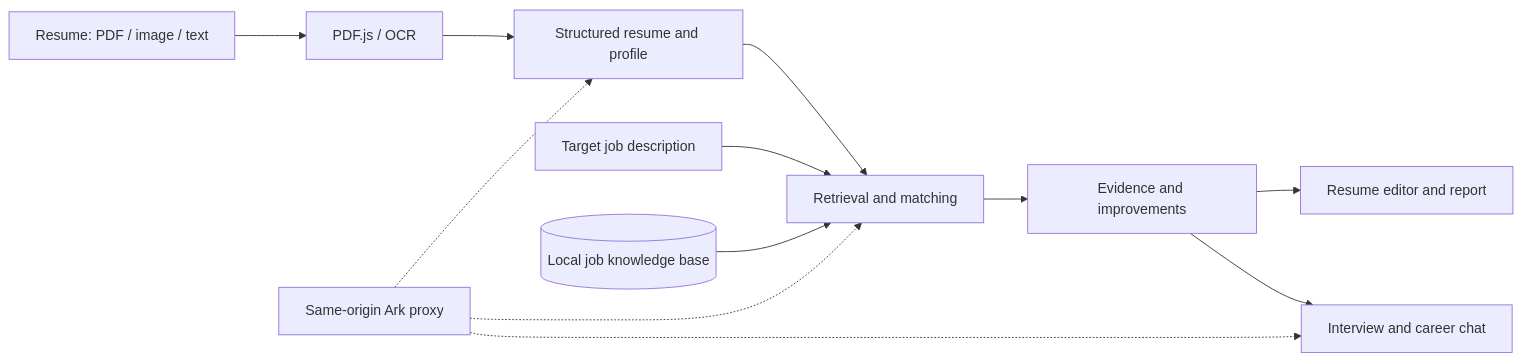
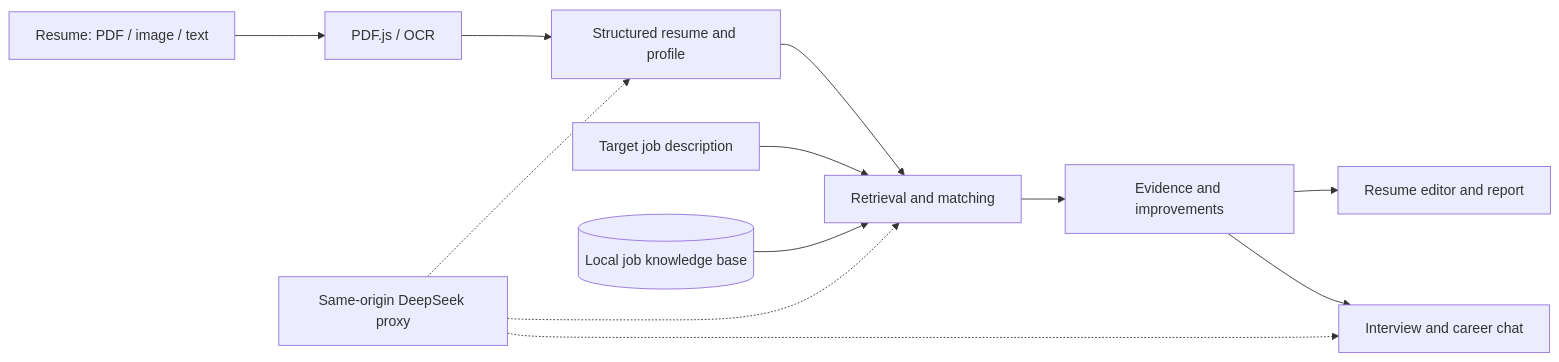
The diagram in README.en.md (lljjcc426/Kongming-Student-Job-Matching-Agent), drawn with Mermaid before and after one commit. The commit also changed other lines of this file and 12 other files, not shown here.

Commit message:
fix: switch server model calls to DeepSeek

````diff
--- a/README.en.md
+++ b/README.en.md
@@ -100,14 +100,14 @@
 ```mermaid
 flowchart LR
     A[Resume: PDF / image / text] --> B[PDF.js / OCR]
     B --> C[Structured resume and profile]
     C --> D[Retrieval and matching]
     J[Target job description] --> D
     K[(Local job knowledge base)] --> D
     D --> E[Evidence and improvements]
     E --> F[Resume editor and report]
     E --> G[Interview and career chat]
-    M[Same-origin Ark proxy] -.-> C
+    M[Same-origin DeepSeek proxy] -.-> C
     M -.-> D
     M -.-> G
 ```
````
